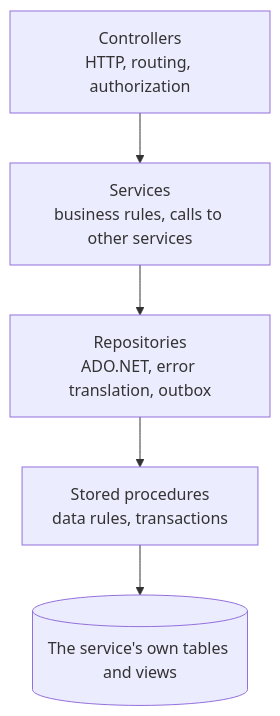
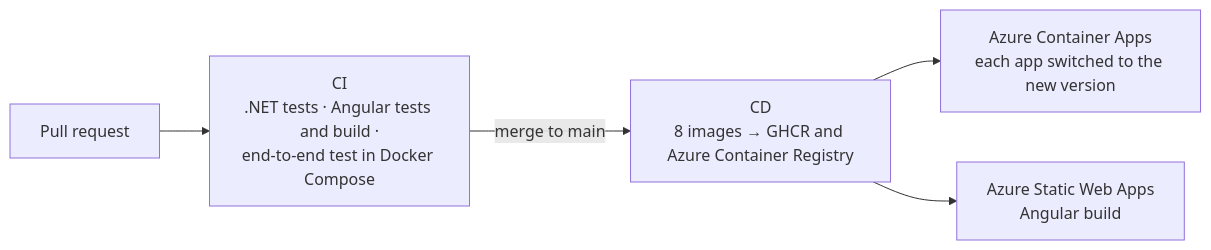
One commit to organizedanvrchy/Insurance-Full-Stack-App-MSA changed the second of 2 diagrams in README.md. Above: the diagram before and after it, drawn with Mermaid. The commit also changed other lines of this file and 9 other files, not shown here.

First line of the commit message:
Update architecture documentation and images

````diff
--- a/README.md
+++ b/README.md
@@ -149,7 +262,7 @@
 ```mermaid
-flowchart TD
-    C["Controllers<br/>HTTP, routing, authorization"] --> S["Services<br/>business rules, calls to other services"]
-    S --> R["Repositories<br/>ADO.NET, error translation, outbox"]
-    R --> P["Stored procedures<br/>data rules, transactions"]
-    P --> T[("The service's own tables and views")]
+flowchart LR
+    PR["Pull request"] --> CI["CI<br/>.NET tests · Angular tests and build ·<br/>end-to-end test in Docker Compose"]
+    CI -- "merge to main" --> CD["CD<br/>8 images → GHCR and Azure Container Registry"]
+    CD --> ACA["Azure Container Apps<br/>each app switched to the new version"]
+    CD --> SWA["Azure Static Web Apps<br/>Angular build"]
 ```
````
